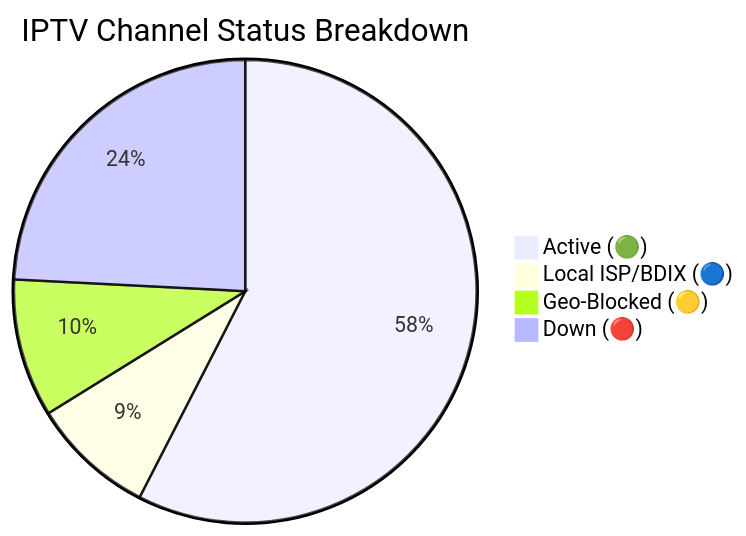
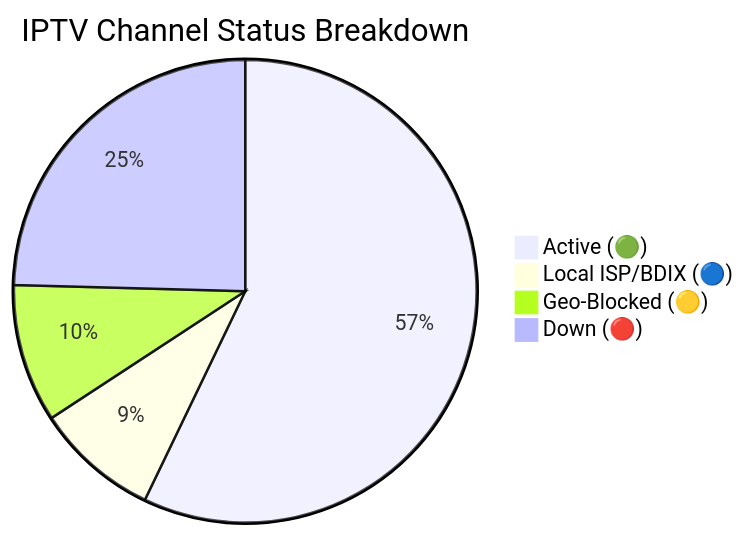
One commit to Zaman-Topu/Ip-tv-Collection changed the diagram in README.md. Above: the diagram before and after it, drawn with Mermaid. The commit also changed other lines of this file and 6 other files, not shown here.

````diff
--- a/README.md
+++ b/README.md
@@ -149,7 +149,7 @@
 ```mermaid
 pie title IPTV Channel Status Breakdown
-    "Active (🟢)" : 10807
+    "Active (🟢)" : 10711
     "Local ISP/BDIX (🔵)" : 1620
-    "Geo-Blocked (🟡)" : 1813
-    "Down (🔴)" : 4542
+    "Geo-Blocked (🟡)" : 1810
+    "Down (🔴)" : 4606
 ```
````
